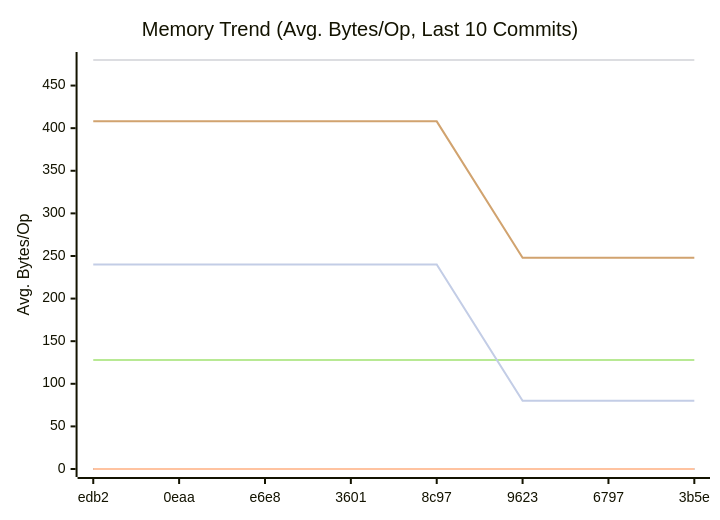
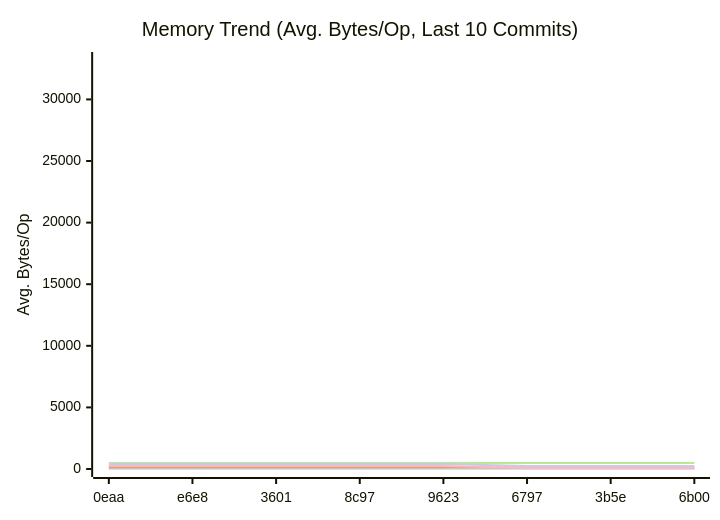
One commit to alsotoes/momo changed the second of 3 diagrams in docs/README.md. Above: the diagram before and after it, drawn with Mermaid. The commit also changed other lines of this file and 1 other file, not shown here.

````diff
--- a/docs/README.md
+++ b/docs/README.md
@@ -318,14 +323,15 @@
 ```mermaid
 xychart-beta
     title "Memory Trend (Avg. Bytes/Op, Last 10 Commits)"
     x-axis "Commit"
     y-axis "Avg. Bytes/Op"
-    x-axis [edb2,0eaa,e6e8,3601,8c97,9623,6797,3b5e]
+    x-axis [0eaa,e6e8,3601,8c97,9623,6797,3b5e,6b00]
     line "CheckMetricsAndSwap" [0,0,0,0,0,0,0,0,0,0]
+    line "HashFile" [33200]
     line "IndexDirectTracking" [0,0,0,0,0,0,0,0,0,0]
     line "IndexSearch" [0,0,0,0,0,0,0,0,0,0]
     line "LoadGlobalConfig" [480,480,480,480,480,480,480,480,480,480]
     line "PadString" [128,128,128,128,128,128,128,128,128,128]
     line "ParseReplicationOrder_NoPrealloc" [408,408,408,408,408,248,248,248,248,248]
     line "ParseReplicationOrder_Prealloc" [240,240,240,240,240,80,80,80,80,80]
 ```
````
